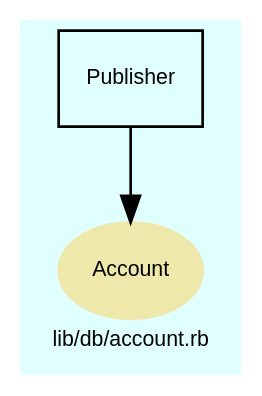
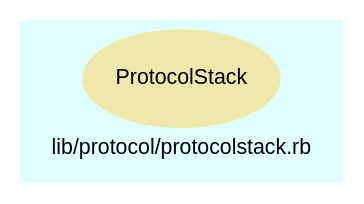
Before and after one commit to Tyche/teensymud: the diagram in doc/dot/f_29.dot, drawn with Graphviz. The commit also changed 180 other files, not shown here.

```diff
--- a/doc/dot/f_29.dot
+++ b/doc/dot/f_29.dot
@@ -1,32 +1,22 @@
 digraph TopLevel {
     compound = true
     bgcolor = lightcyan1
     fontname = Arial
     fontsize = 8
-    label = "lib/db/account.rb"
+    label = "lib/protocol/protocolstack.rb"
     node [
         fontname = Arial,
         fontsize = 8,
         color = black
     ]
 
-    Account [
+    ProtocolStack [
         fontcolor = black,
-        URL = "classes/Account.html",
+        URL = "classes/ProtocolStack.html",
         shape = ellipse,
         color = palegoldenrod,
         style = filled,
-        label = "Account"
-    ]
-
-    Publisher [
-        URL = "classes/Publisher.html",
-        shape = box,
-        label = "Publisher"
-    ]
-
-    Publisher -> Account [
-
+        label = "ProtocolStack"
     ]
 
 }
```
